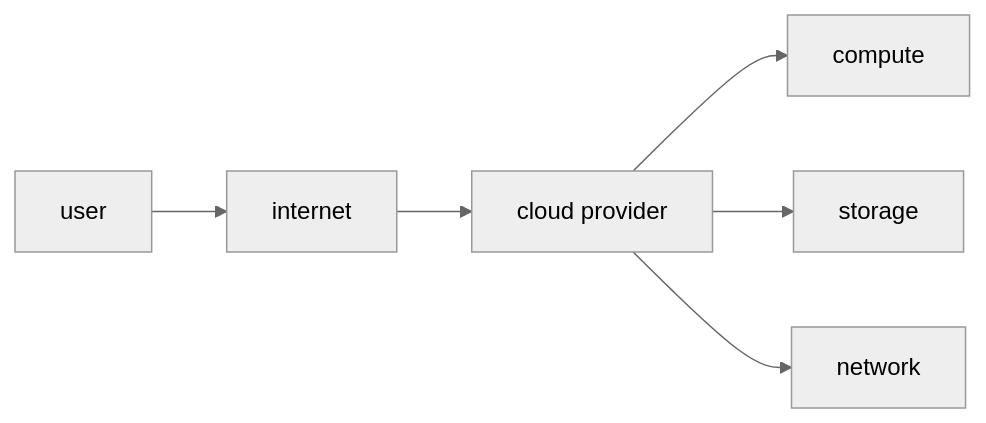
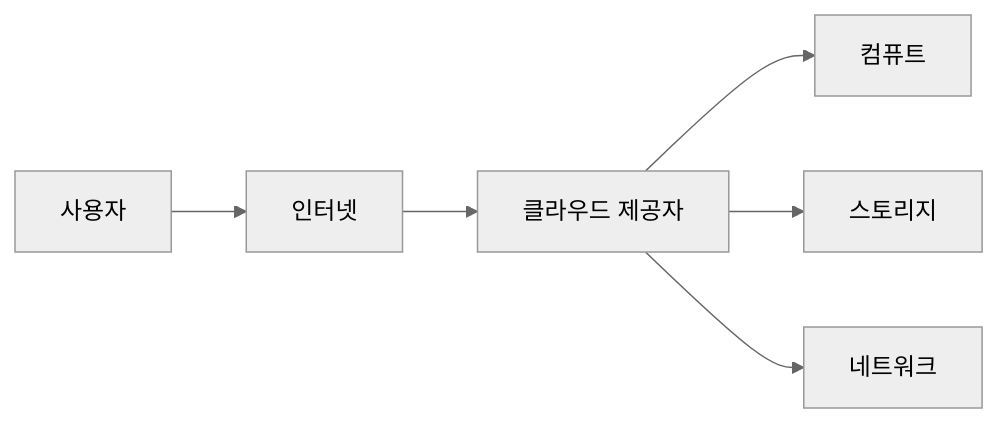
One commit to yeongseon-books/book-content changed the diagram in content/cloud-computing-101/ko/01-what-is-cloud-computing.md. Above: the diagram before and after it, drawn with Mermaid (neutral theme). The commit also changed other lines of this file and 1 other file, not shown here.

First line of the commit message:
docs(cloud-computing-101): rewrite ko to golden style (#424)

````diff
--- a/content/cloud-computing-101/ko/01-what-is-cloud-computing.md
+++ b/content/cloud-computing-101/ko/01-what-is-cloud-computing.md
@@ -33,8 +45,8 @@
 ```mermaid
 flowchart LR
-    User["user"] --> Net["internet"]
-    Net --> CSP["cloud provider"]
-    CSP --> Compute["compute"]
-    CSP --> Storage["storage"]
-    CSP --> Network["network"]
+    User["사용자"] --> Net["인터넷"]
+    Net --> CSP["클라우드 제공자"]
+    CSP --> Compute["컴퓨트"]
+    CSP --> Storage["스토리지"]
+    CSP --> Network["네트워크"]
 ```
````
